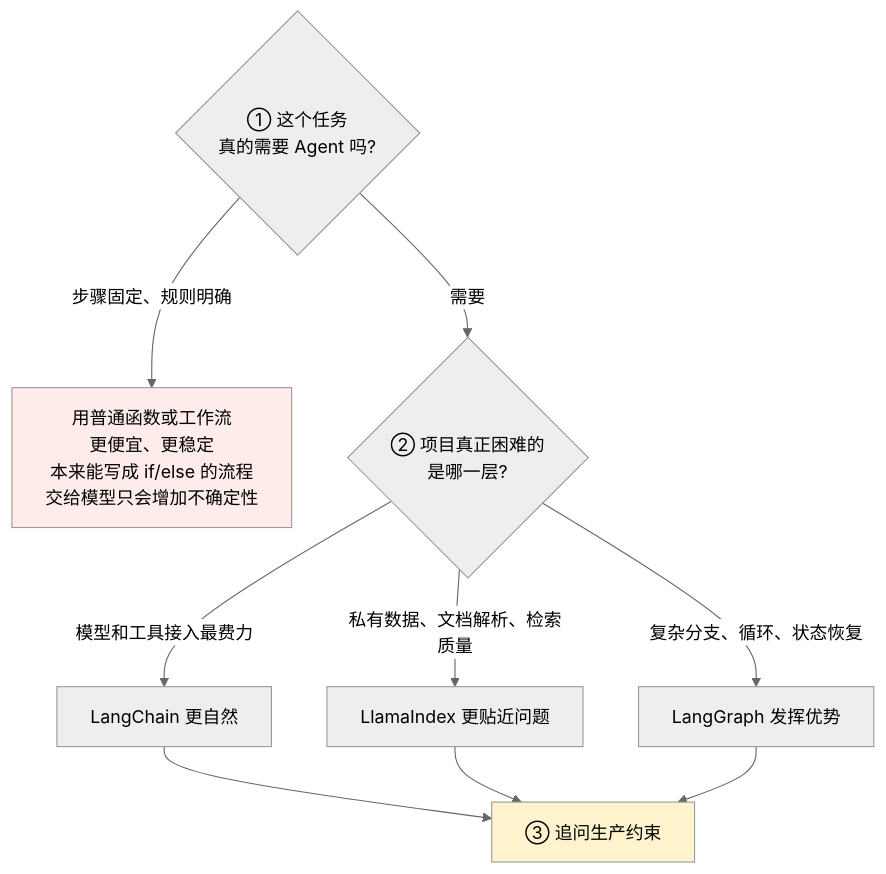
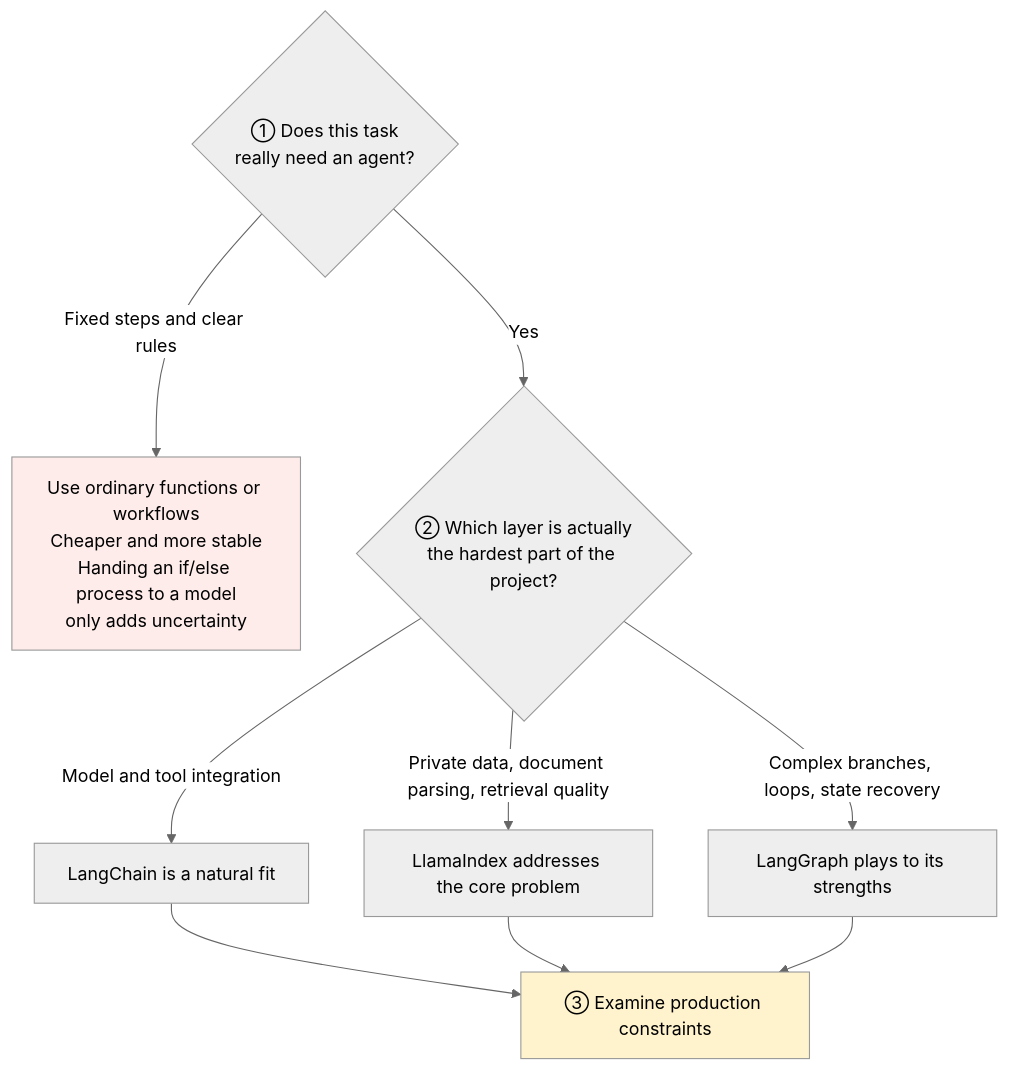
One commit to oneleaveknowsthefall/awesome-ai-roadmap changed the fourth of 4 diagrams in docs/frameworks/01-langchain/01-foundations/01-agent-frameworks.md. Above: the diagram before and after it, drawn with Mermaid (neutral theme). The commit also changed other lines of this file and 70 other files, not shown here.

````diff
--- a/docs/frameworks/01-langchain/01-foundations/01-agent-frameworks.md
+++ b/docs/frameworks/01-langchain/01-foundations/01-agent-frameworks.md
@@ -137,16 +137,16 @@
 ```mermaid
 flowchart TB
-    Q1{"① 这个任务<br/>真的需要 Agent 吗?"}
-    Q1 -->|步骤固定、规则明确| N["用普通函数或工作流<br/>更便宜、更稳定<br/>本来能写成 if/else 的流程<br/>交给模型只会增加不确定性"]
-    Q1 -->|需要| Q2{"② 项目真正困难的<br/>是哪一层?"}
-    Q2 -->|模型和工具接入最费力| A["LangChain 更自然"]
-    Q2 -->|私有数据、文档解析、检索质量| B["LlamaIndex 更贴近问题"]
-    Q2 -->|复杂分支、循环、状态恢复| C["LangGraph 发挥优势"]
+    Q1{"① Does this task<br/>really need an agent?"}
+    Q1 -->|Fixed steps and clear rules| N["Use ordinary functions or workflows<br/>Cheaper and more stable<br/>Handing an if/else process to a model<br/>only adds uncertainty"]
+    Q1 -->|Yes| Q2{"② Which layer is actually<br/>the hardest part of the project?"}
+    Q2 -->|Model and tool integration| A["LangChain is a natural fit"]
+    Q2 -->|Private data, document parsing, retrieval quality| B["LlamaIndex addresses the core problem"]
+    Q2 -->|Complex branches, loops, state recovery| C["LangGraph plays to its strengths"]
     A --> Q3
     B --> Q3
     C --> Q3
-    Q3["③ 追问生产约束"]
+    Q3["③ Examine production constraints"]
 
     style N fill:#fdecea
     style Q3 fill:#fff3cd
 ```
````
